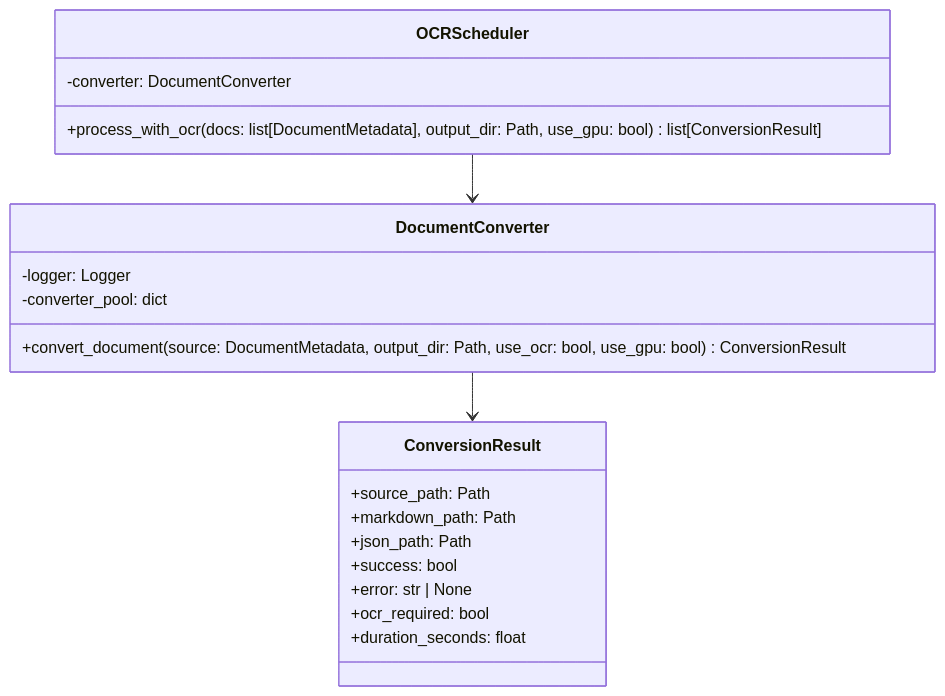
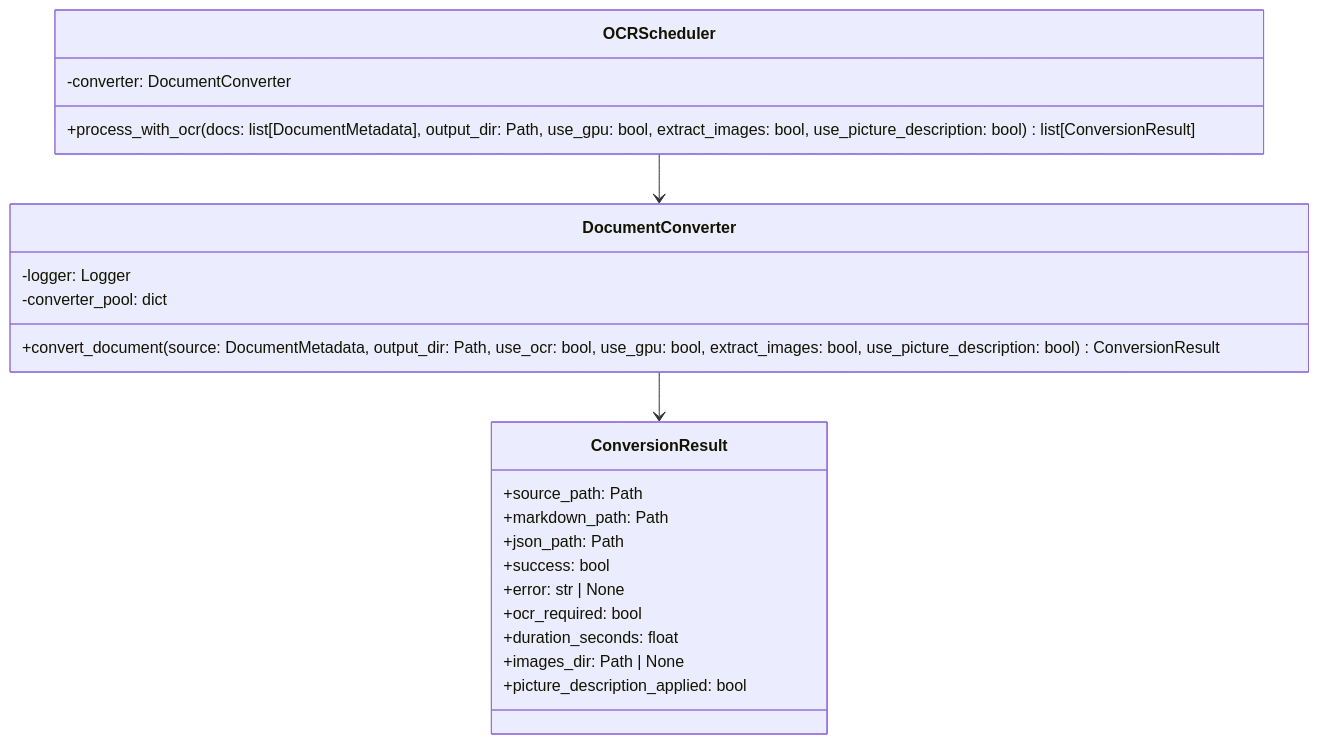
One commit to fmanza/doc_organize changed the diagram in docs/api/converter.md. Above: the diagram before and after it, drawn with Mermaid. The commit also changed other lines of this file and 21 other files, not shown here.

````diff
--- a/docs/api/converter.md
+++ b/docs/api/converter.md
@@ -7,26 +7,28 @@
 ```mermaid
 classDiagram
     class DocumentConverter {
         -logger: Logger
         -converter_pool: dict
-        +convert_document(source: DocumentMetadata, output_dir: Path, use_ocr: bool, use_gpu: bool) ConversionResult
+        +convert_document(source: DocumentMetadata, output_dir: Path, use_ocr: bool, use_gpu: bool, extract_images: bool, use_picture_description: bool) ConversionResult
     }
     
     class OCRScheduler {
         -converter: DocumentConverter
-        +process_with_ocr(docs: list[DocumentMetadata], output_dir: Path, use_gpu: bool) list[ConversionResult]
+        +process_with_ocr(docs: list[DocumentMetadata], output_dir: Path, use_gpu: bool, extract_images: bool, use_picture_description: bool) list[ConversionResult]
     }
     
     class ConversionResult {
         +source_path: Path
         +markdown_path: Path
         +json_path: Path
         +success: bool
         +error: str | None
         +ocr_required: bool
         +duration_seconds: float
+        +images_dir: Path | None
+        +picture_description_applied: bool
     }
     
     DocumentConverter --> ConversionResult
     OCRScheduler --> DocumentConverter
 ```
````
